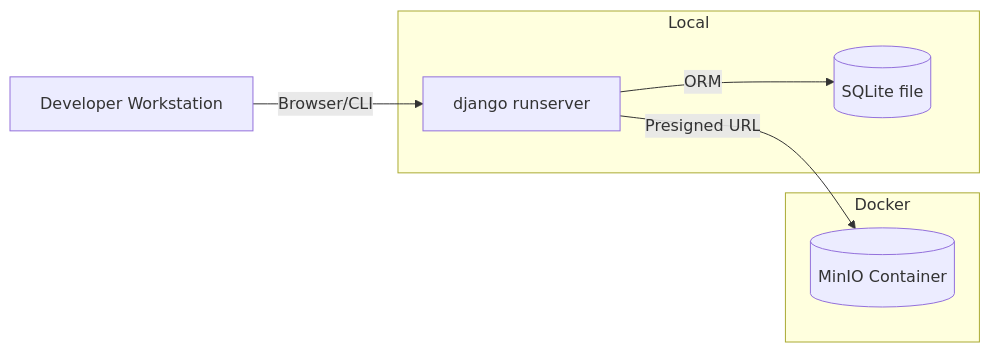
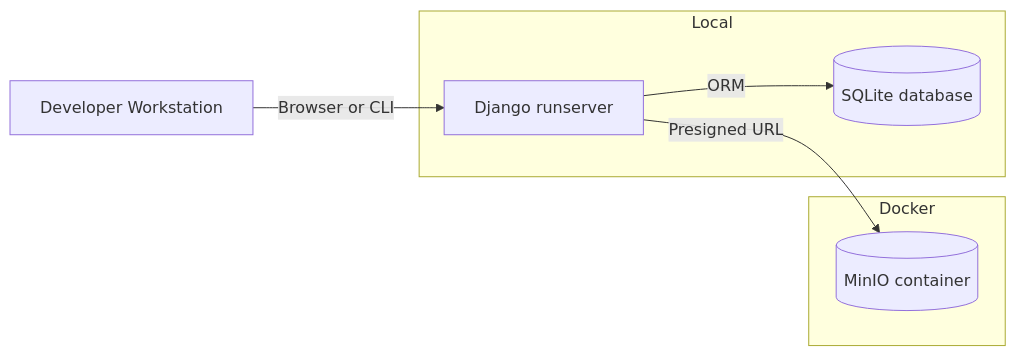
Before and after one commit to sivashankarplaraj/RemoteDrive: the diagram in docx/deployment.md, drawn with Mermaid. The commit also changed 2 other files, not shown here.

Commit message:
docs: normalize Mermaid diagrams for GitHub renderer (labels, types, comments)

````diff
--- a/docx/deployment.md
+++ b/docx/deployment.md
@@ -3,17 +3,17 @@
 ```mermaid
 flowchart LR
   Dev[Developer Workstation]
 
   subgraph Docker
-    MINIO[(MinIO Container)]
+    MINIO[(MinIO container)]
   end
 
   subgraph Local
-    DJ[django runserver]
-    DB[(SQLite file)]
+    DJ[Django runserver]
+    DB[(SQLite database)]
   end
 
-  Dev -->|Browser/CLI| DJ
+  Dev -->|Browser or CLI| DJ
   DJ -->|Presigned URL| MINIO
   DJ -->|ORM| DB
 ```
````
